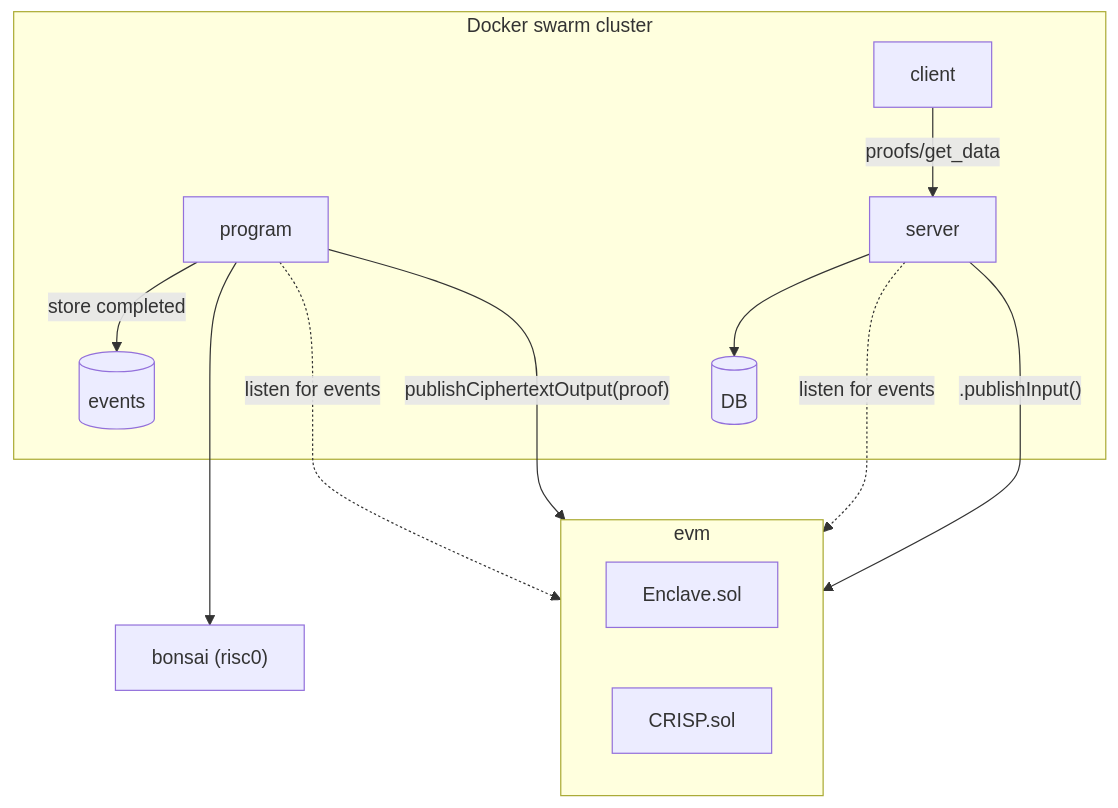
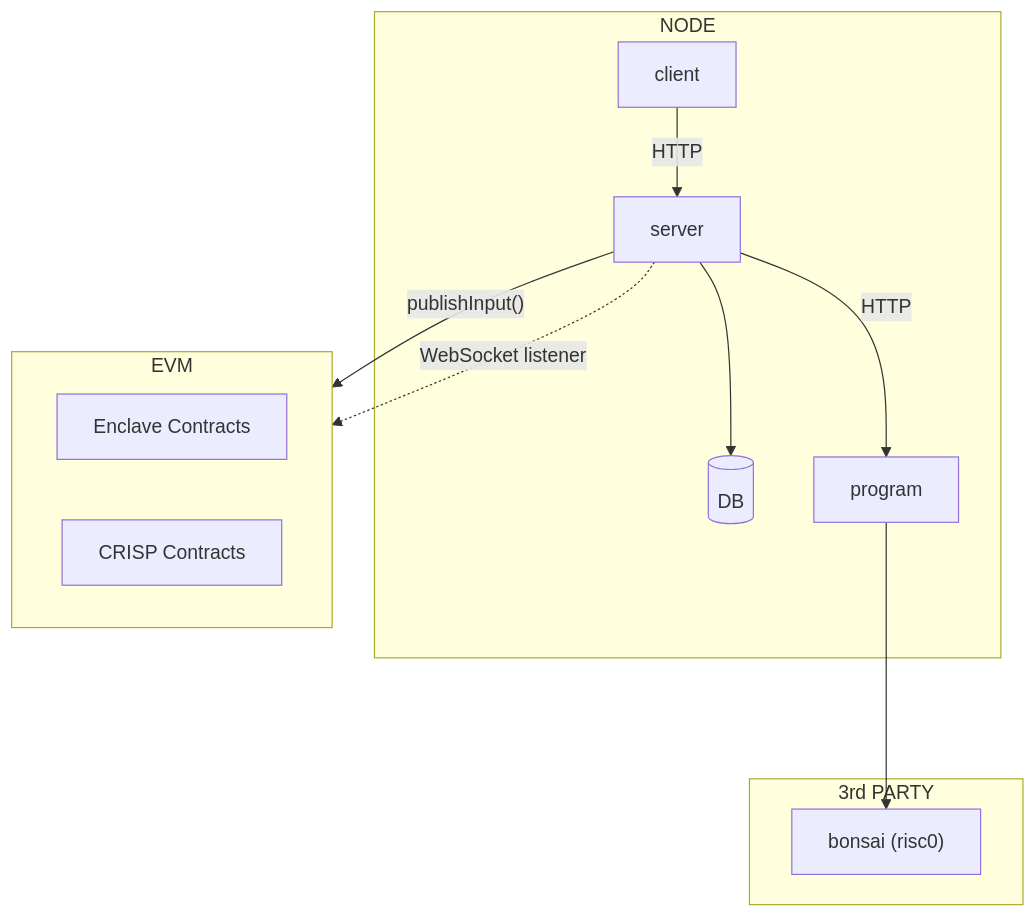
Before and after one commit to gnosisguild/enclave: the diagram in examples/CRISP/apps/program/README.md, drawn with Mermaid.

Commit message:
Update architecture diagram

````diff
--- a/examples/CRISP/apps/program/README.md
+++ b/examples/CRISP/apps/program/README.md
@@ -11,21 +11,22 @@
 ```mermaid
 graph TD
-  subgraph ec2_1["Docker swarm cluster"]
-    compute_engine["program"]--store completed--> cpdb[(events)]
+  subgraph ec2_1["NODE"]
     server["server"] --> db
     db[(DB)]
-    client --"proofs/get_data"--> server
-
+    client --"HTTP"--> server
+    server --HTTP--> program
   end
-  compute_engine ---> bonsai
-  compute_engine -."listen for events".-> evm
-  compute_engine -- "publishCiphertextOutput(proof)" ---> evm
+  subgraph thirdparty["3rd PARTY"]
+    bonsai
+  end
+  program ---> bonsai
 
   bonsai["bonsai (risc0)"]
-  server -. "listen for events" ..-> evm
-  server --".publishInput()"--> evm
-  subgraph evm
-    esol1["Enclave.sol"]
-    csol1["CRISP.sol"]
+
+  server --"publishInput()"--> evm
+  subgraph evm["EVM"]
+    esol1["Enclave Contracts"]
+    csol1["CRISP Contracts"]
   end
+  server -. "WebSocket listener" .-> evm
 ```
````
